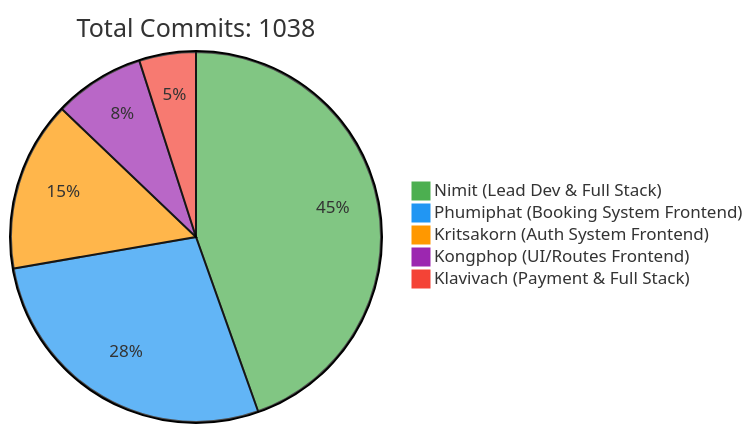
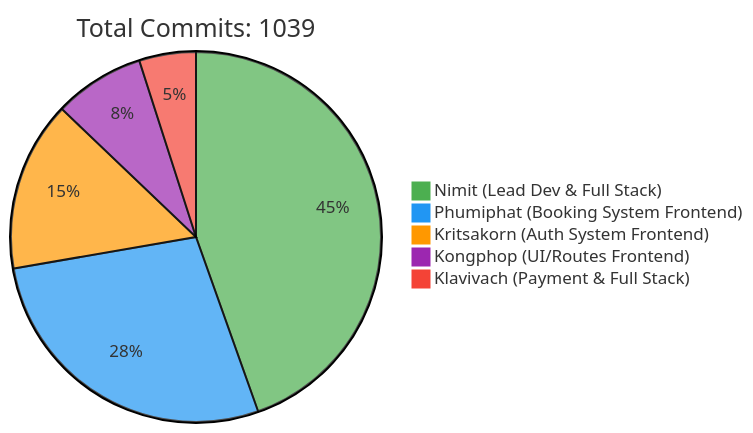
One commit to 6531503042/Sport-Complex changed the first of 2 diagrams in README.md. Above: the diagram before and after it, drawn with Mermaid. The commit also changed other lines of this file, not shown here.

Commit message:
docs: Update contributor statistics [skip ci]

````diff
--- a/README.md
+++ b/README.md
@@ -240,10 +240,10 @@
 ```mermaid
 %%{init: {'theme': 'base', 'themeVariables': { 'pie1': '#4CAF50', 'pie2': '#2196F3', 'pie3': '#FF9800', 'pie4': '#9C27B0', 'pie5': '#F44336'}}}%%
 pie
-    title Total Commits: 1038
+    title Total Commits: 1039
     "Nimit (Lead Dev & Full Stack)" : 450
     "Phumiphat (Booking System Frontend)" : 280
     "Kritsakorn (Auth System Frontend)" : 150
     "Kongphop (UI/Routes Frontend)" : 80
     "Klavivach (Payment & Full Stack)" : 50
 ```
````
